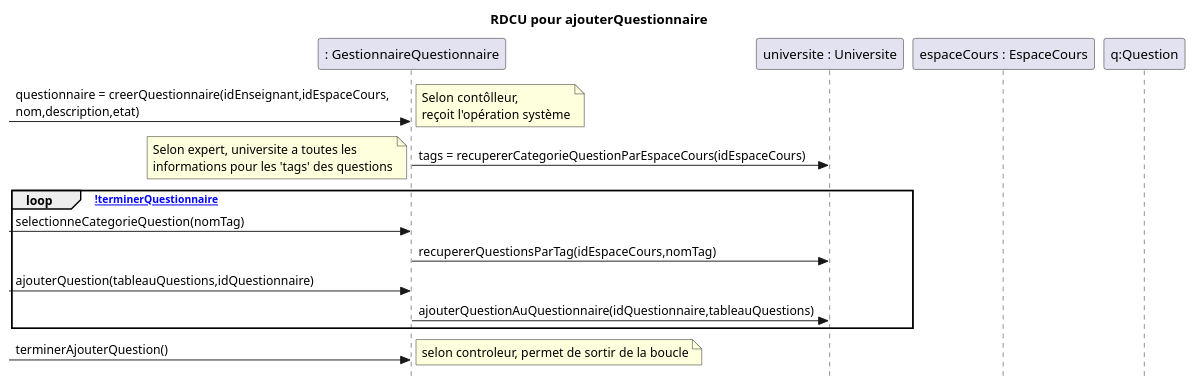
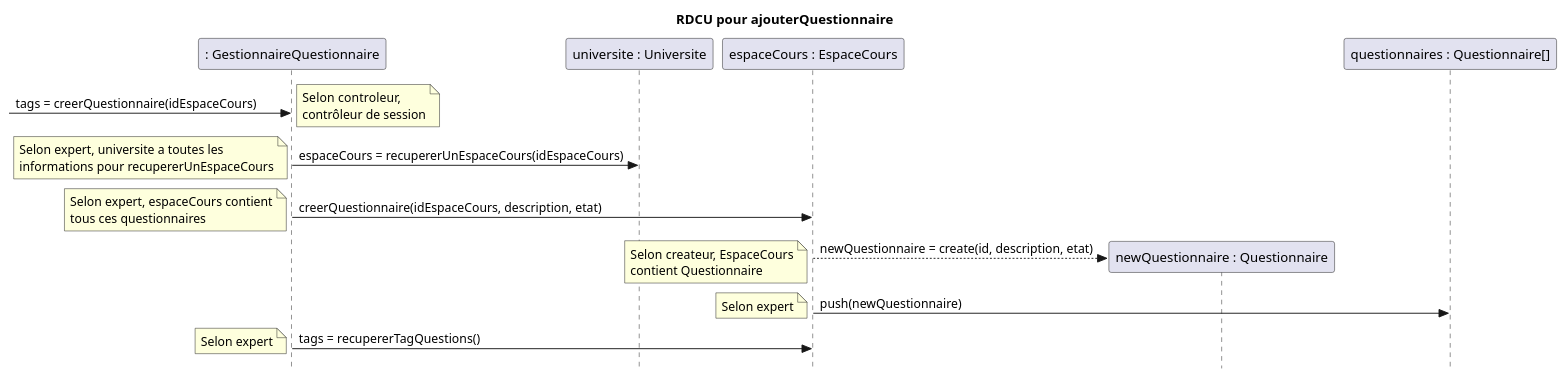
The second of 2 diagrams in docs/Ajouter questionnaire/RDCU_Ajouter_Questionnaire.puml (nerdz88/SGA-TS), drawn with PlantUML before and after one commit. The commit also changed other lines of this file and 10 other files, not shown here.

```diff
--- a/docs/Ajouter questionnaire/RDCU_Ajouter_Questionnaire.puml
+++ b/docs/Ajouter questionnaire/RDCU_Ajouter_Questionnaire.puml
@@ -1,25 +16,22 @@
 @startuml ajouterQuestionnaireGenerale
 skinparam style strictuml
 skinparam defaultfontname Verdana
 title RDCU pour ajouterQuestionnaire
 participant ": GestionnaireQuestionnaire" as gestionnaireQuestion
 participant "universite : Universite" as universite
 participant "espaceCours : EspaceCours" as cours
-participant "q:Question" as question
-
-->gestionnaireQuestion : questionnaire = creerQuestionnaire(idEnseignant,idEspaceCours,\nnom,description,etat)
-note left : Selon contôlleur,\nreçoit l'opération système 
-gestionnaireQuestion -> universite : tags = recupererCategorieQuestionParEspaceCours(idEspaceCours)
-'TODO manque détail de université à espaceCours à question'
-note left : Selon expert, universite a toutes les\ninformations pour les 'tags' des questions
-loop [!terminerQuestionnaire]
-->gestionnaireQuestion :selectionneCategorieQuestion(nomTag)
-gestionnaireQuestion->universite : recupererQuestionsParTag(idEspaceCours,nomTag)
-'TODO manque détail de université à espaceCours à question'
-->gestionnaireQuestion :ajouterQuestion(tableauQuestions,idQuestionnaire)
-'TODO manque détail de université à espaceCours à question'
-gestionnaireQuestion->universite : ajouterQuestionAuQuestionnaire(idQuestionnaire,tableauQuestions)
-end
--> gestionnaireQuestion : terminerAjouterQuestion()
-note left : selon controleur, permet de sortir de la boucle
+participant "newQuestionnaire : Questionnaire" as questionnaire
+participant "questionnaires : Questionnaire[]" as questionnaires
+-> gestionnaireQuestion : tags = creerQuestionnaire(idEspaceCours)
+note left : Selon controleur,\ncontrôleur de session
+gestionnaireQuestion -> universite : espaceCours = recupererUnEspaceCours(idEspaceCours)
+note left : Selon expert, universite a toutes les\ninformations pour recupererUnEspaceCours
+gestionnaireQuestion -> cours : creerQuestionnaire(idEspaceCours, description, etat)
+note left : Selon expert, espaceCours contient\ntous ces questionnaires
+cours --> questionnaire** : newQuestionnaire = create(id, description, etat)
+note left : Selon createur, EspaceCours\ncontient Questionnaire
+cours -> questionnaires : push(newQuestionnaire)
+note left : Selon expert
+gestionnaireQuestion -> cours : tags = recupererTagQuestions()
+note left : Selon expert
 @enduml
```
